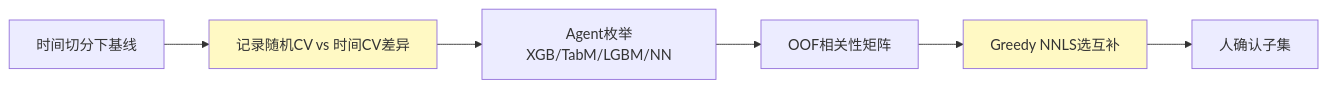
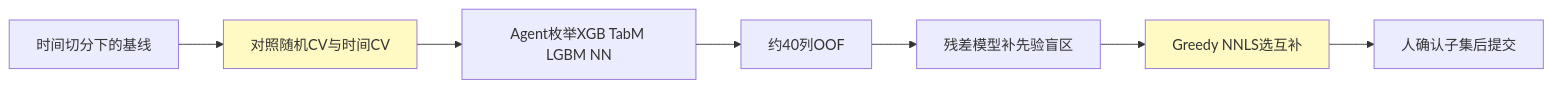
Before and after one commit to wizardforcel/vibe-kaggle: the first of 2 diagrams in docs/chapters/chapter10.md, drawn with Mermaid. The commit also changed other lines of this file and 22 other files, not shown here.

````diff
--- a/docs/chapters/chapter10.md
+++ b/docs/chapters/chapter10.md
@@ -15,10 +26,11 @@
 ```mermaid
 flowchart LR
-    A[时间切分下基线] --> B[记录随机CV vs 时间CV差异]
-    B --> C[Agent枚举XGB/TabM/LGBM/NN]
-    C --> D[OOF相关性矩阵]
-    D --> E[Greedy NNLS选互补]
-    E --> F[人确认子集]
+    A[时间切分下的基线] --> B[对照随机CV与时间CV]
+    B --> C[Agent枚举XGB TabM LGBM NN]
+    C --> D[约40列OOF]
+    D --> E[残差模型补先验盲区]
+    E --> F[Greedy NNLS选互补]
+    F --> G[人确认子集后提交]
     style B fill:#fff9c4
-    style E fill:#fff9c4
+    style F fill:#fff9c4
 ```
````
